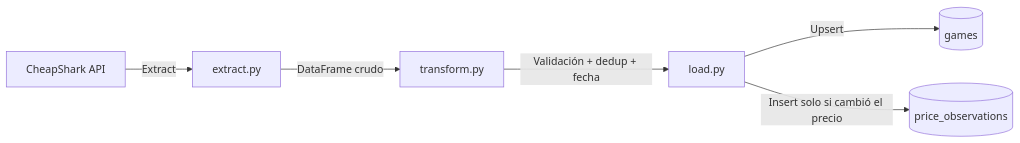
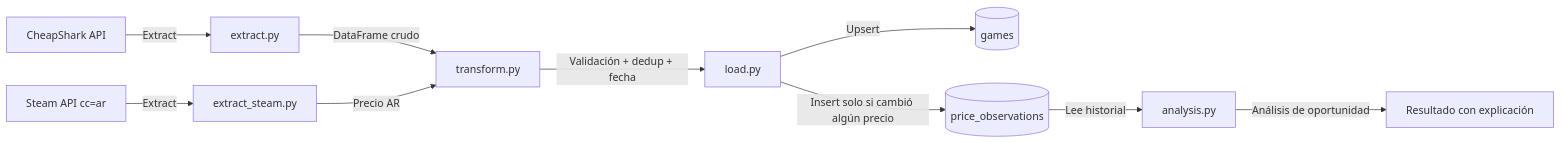
The diagram in README.md (FedeAntonini/gamedeals-pipeline), drawn with Mermaid before and after one commit. The commit also changed other lines of this file, not shown here.

Commit message:
docs: documentar v0.3 (analisis de oportunidad) y cerrar documentacion del dia

````diff
--- a/README.md
+++ b/README.md
@@ -7,8 +7,12 @@
 ```mermaid
 graph LR
     A[CheapShark API] -->|Extract| B[extract.py]
+    S[Steam API cc=ar] -->|Extract| B2[extract_steam.py]
     B -->|DataFrame crudo| C[transform.py]
+    B2 -->|Precio AR| C
     C -->|Validación + dedup + fecha| D[load.py]
     D -->|Upsert| E[(games)]
-    D -->|Insert solo si cambió el precio| F[(price_observations)]
+    D -->|Insert solo si cambió algún precio| F[(price_observations)]
+    F -->|Lee historial| G[analysis.py]
+    G -->|Análisis de oportunidad| H[Resultado con explicación]
 ```
````
